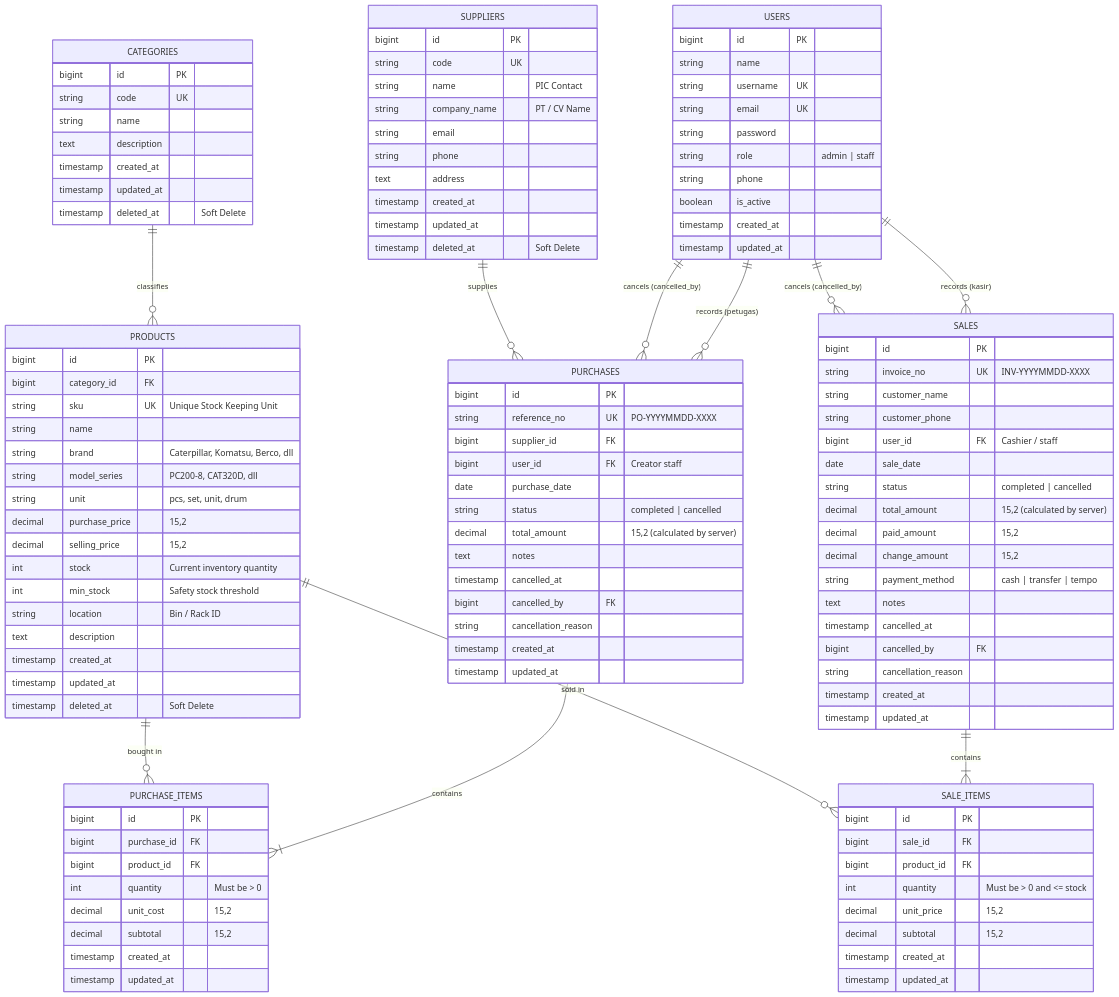
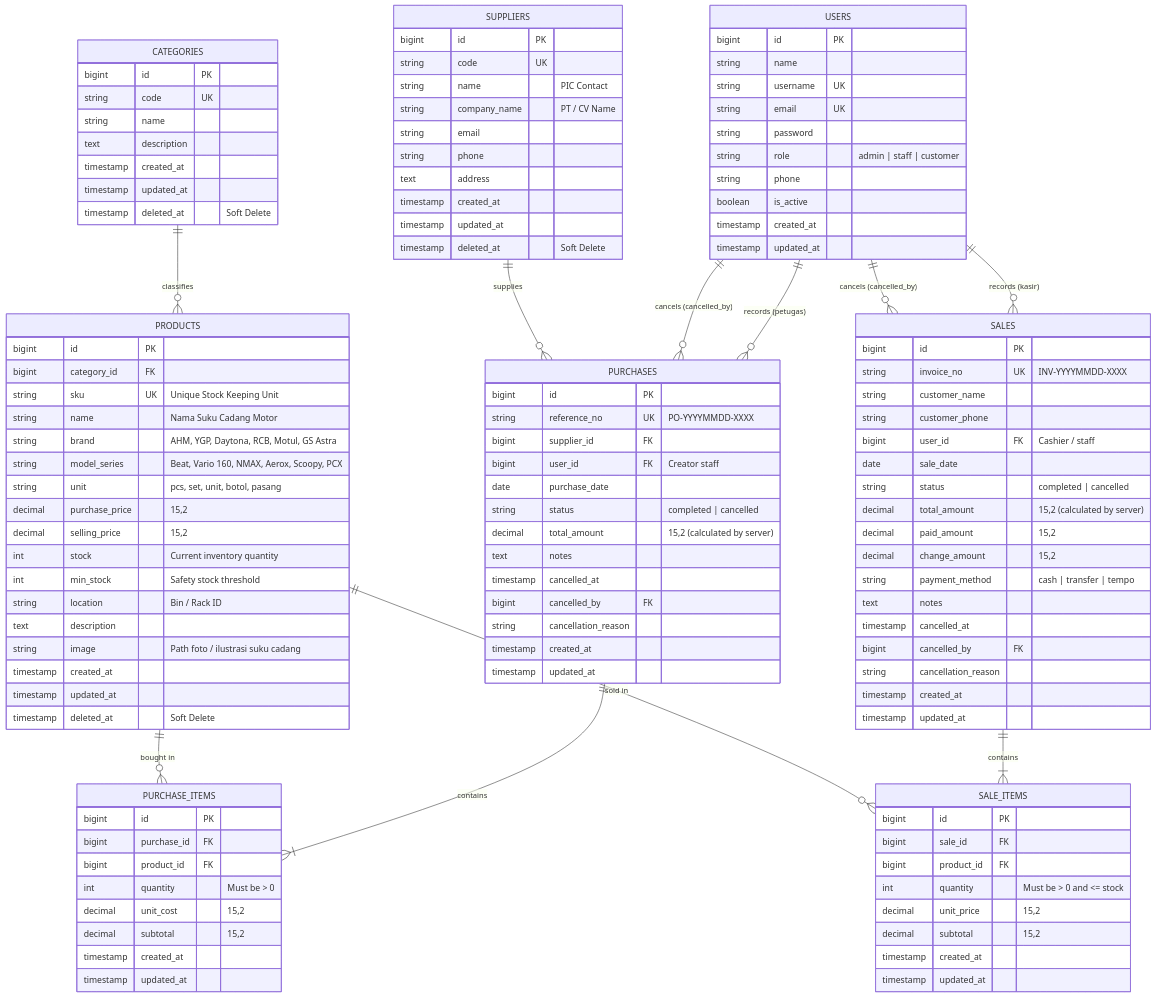
One commit to abelgusvi26/Inventory-Sales-MS-Laravel changed the diagram in ERD.md. Above: the diagram before and after it, drawn with Mermaid. The commit also changed other lines of this file and 49 other files, not shown here.

Commit message:
Transformasi sistem ke web penjualan suku cadang sepeda motor lengkap dengan galeri foto dan banner visual

```diff
--- a/ERD.md
+++ b/ERD.md
@@ -25,7 +25,7 @@
         string username UK
         string email UK
         string password
-        string role "admin | staff"
+        string role "admin | staff | customer"
         string phone
         boolean is_active
         timestamp created_at
@@ -59,16 +59,17 @@
         bigint id PK
         bigint category_id FK
         string sku UK "Unique Stock Keeping Unit"
-        string name
-        string brand "Caterpillar, Komatsu, Berco, dll"
-        string model_series "PC200-8, CAT320D, dll"
-        string unit "pcs, set, unit, drum"
+        string name "Nama Suku Cadang Motor"
+        string brand "AHM, YGP, Daytona, RCB, Motul, GS Astra"
+        string model_series "Beat, Vario 160, NMAX, Aerox, Scoopy, PCX"
+        string unit "pcs, set, unit, botol, pasang"
         decimal purchase_price "15,2"
         decimal selling_price "15,2"
         int stock "Current inventory quantity"
         int min_stock "Safety stock threshold"
         string location "Bin / Rack ID"
         text description
+        string image "Path foto / ilustrasi suku cadang"
         timestamp created_at
         timestamp updated_at
         timestamp deleted_at "Soft Delete"
```
